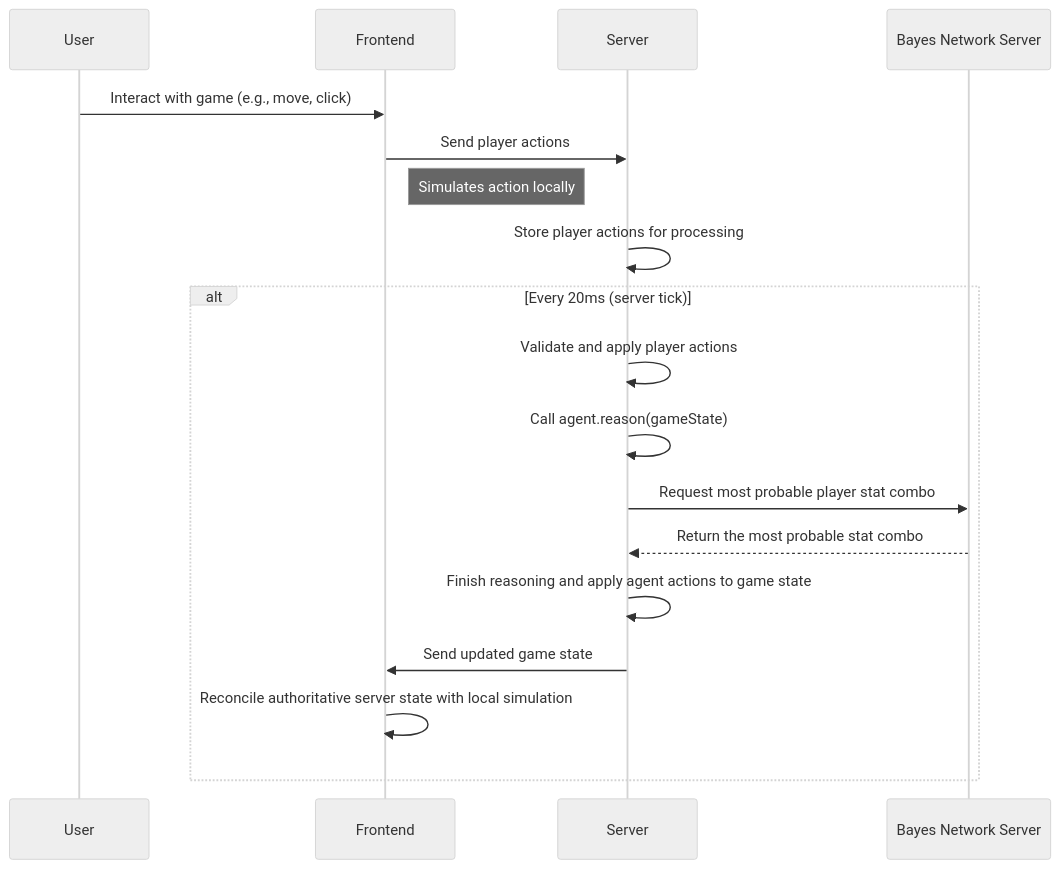
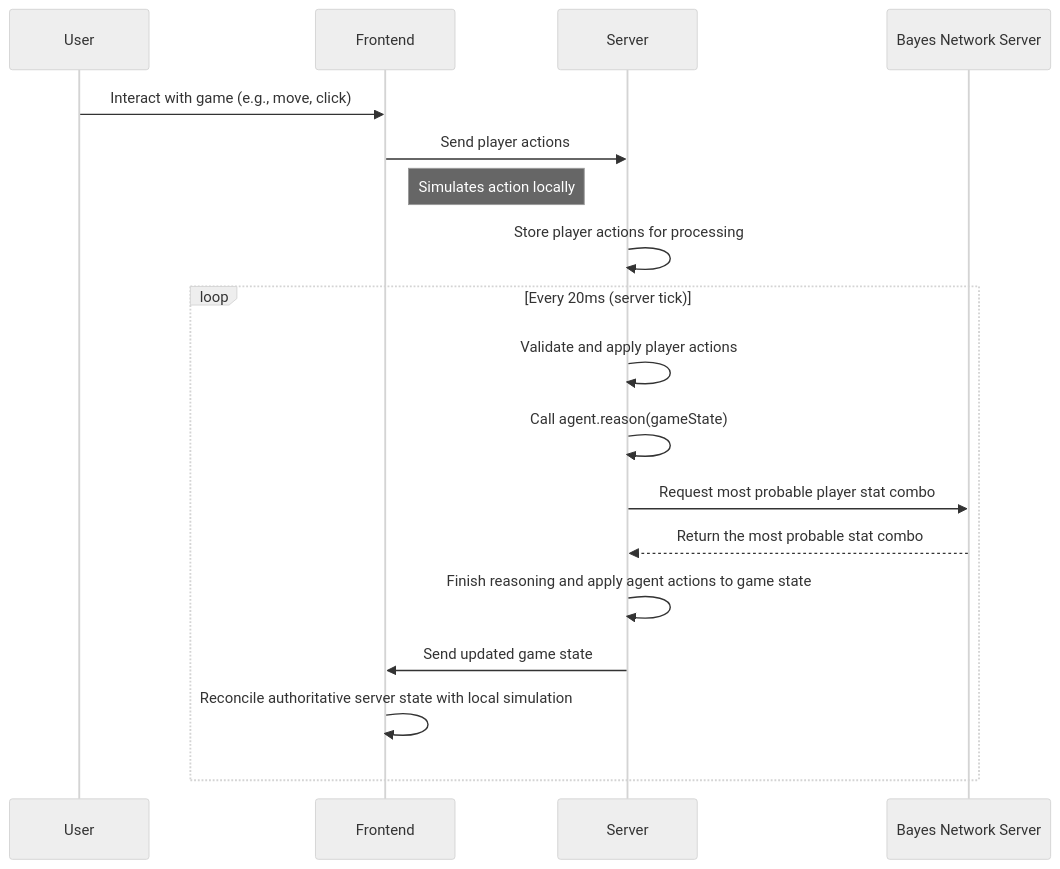
One commit to rchDev/game-of-points changed the diagram in docs/deep-lore.md. Above: the diagram before and after it, drawn with Mermaid (neutral theme).

Commit message:
[docs]: small changes

````diff
--- a/docs/deep-lore.md
+++ b/docs/deep-lore.md
@@ -15,23 +15,23 @@
 ```mermaid
 sequenceDiagram
     participant User
     participant Frontend
     participant Server
     participant BayesNet as Bayes Network Server
 
     User ->> Frontend: Interact with game (e.g., move, click)
     Frontend ->> Server: Send player actions
     note right of Frontend: Simulates action locally
 
     Server ->> Server: Store player actions for processing
 
-    alt Every 20ms (server tick)
+    loop Every 20ms (server tick)
         Server ->> Server: Validate and apply player actions
         Server ->> Server: Call agent.reason(gameState)
         Server ->> BayesNet: Request most probable player stat combo
         BayesNet -->> Server: Return the most probable stat combo
         Server ->> Server: Finish reasoning and apply agent actions to game state
         Server ->> Frontend: Send updated game state
         Frontend ->> Frontend: Reconcile authoritative server state with local simulation
     end
 ```
````
